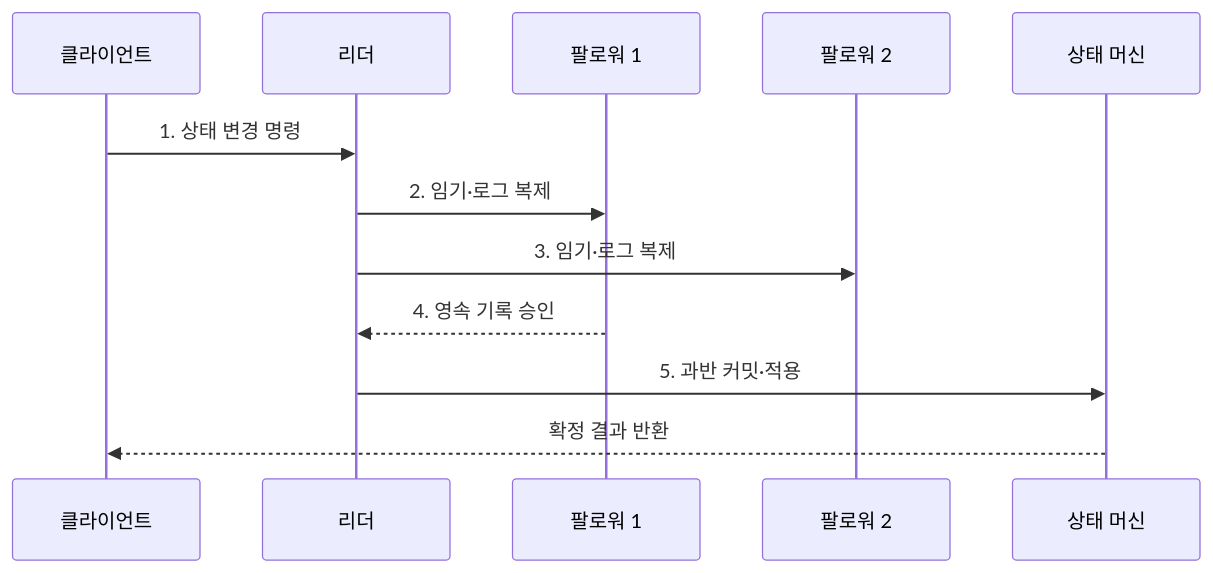
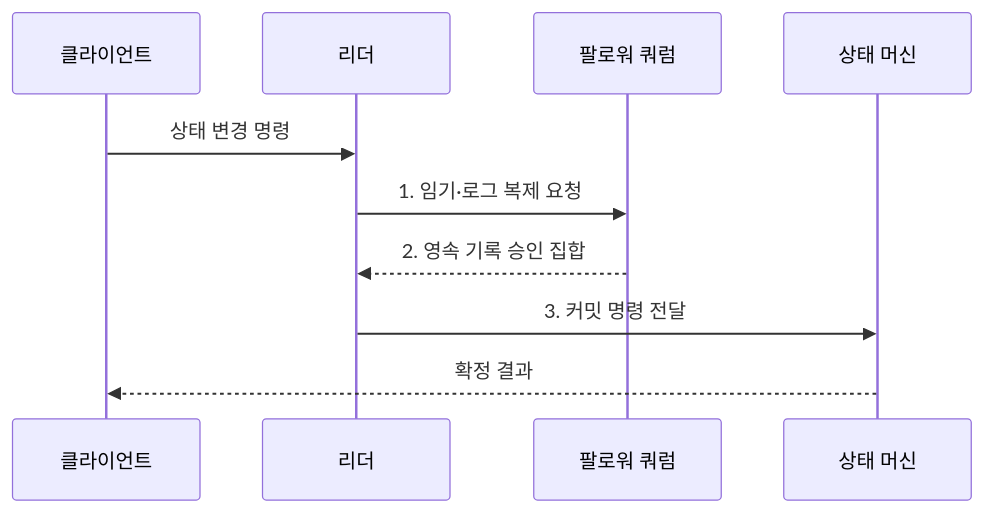
One commit to agnusdei1207/knowledge-base changed the second of 2 diagrams in src/content/docs/notes/03-software/177_distributed_consensus_raft_paxos.md. Above: the diagram before and after it, drawn with Mermaid. The commit also changed other lines of this file and 20 other files, not shown here.

````diff
--- a/src/content/docs/notes/03-software/177_distributed_consensus_raft_paxos.md
+++ b/src/content/docs/notes/03-software/177_distributed_consensus_raft_paxos.md
@@ -83,14 +86,12 @@
 ```mermaid
 sequenceDiagram
     participant C as 클라이언트
     participant L as 리더
-    participant F1 as 팔로워 1
-    participant F2 as 팔로워 2
+    participant F as 팔로워 쿼럼
     participant S as 상태 머신
-    C->>L: 1. 상태 변경 명령
-    L->>F1: 2. 임기·로그 복제
-    L->>F2: 3. 임기·로그 복제
-    F1-->>L: 4. 영속 기록 승인
-    L->>S: 5. 과반 커밋·적용
-    S-->>C: 확정 결과 반환
+    C->>L: 상태 변경 명령
+    L->>F: 1. 임기·로그 복제 요청
+    F-->>L: 2. 영속 기록 승인 집합
+    L->>S: 3. 커밋 명령 전달
+    S-->>C: 확정 결과
 ```
````
